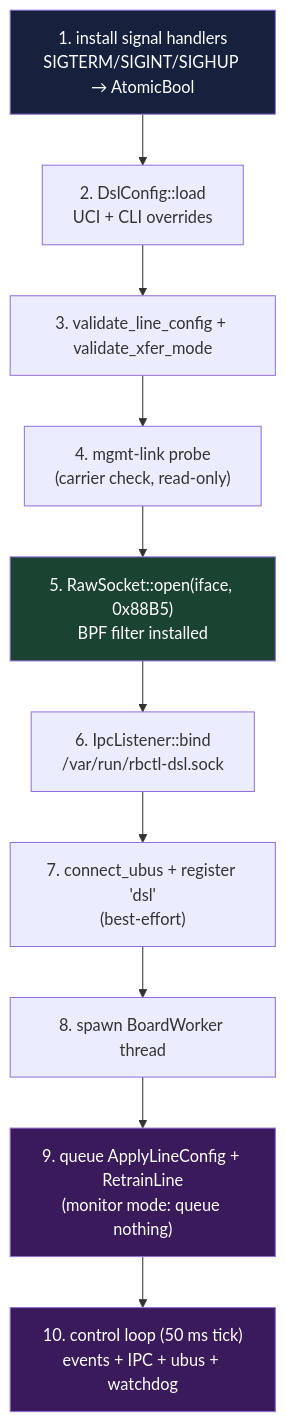
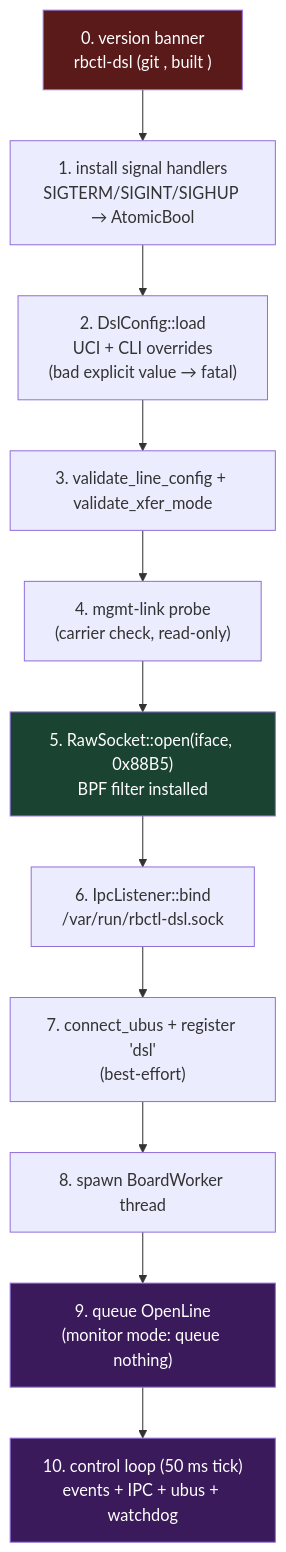
The third of 6 diagrams in docs/rbctl-dsl.md (hitech95/openwrt_tplink_vx830v_rbctrl-dsl), drawn with Mermaid before and after one commit. The commit also changed other lines of this file and 2 other files, not shown here.

First line of the commit message:
Docs: OpenLine bring-up, warn-only watchdog, E2E harness guide

````diff
--- a/docs/rbctl-dsl.md
+++ b/docs/rbctl-dsl.md
@@ -249,20 +249,21 @@
 ```mermaid
 flowchart TD
-    A["1. install signal handlers<br/>SIGTERM/SIGINT/SIGHUP → AtomicBool"]
-    B["2. DslConfig::load<br/>UCI + CLI overrides"]
+    A["0. version banner<br/>rbctl-dsl <ver> (git <sha>, built <date>)"]
+    A1["1. install signal handlers<br/>SIGTERM/SIGINT/SIGHUP → AtomicBool"]
+    B["2. DslConfig::load<br/>UCI + CLI overrides<br/>(bad explicit value → fatal)"]
     C["3. validate_line_config + validate_xfer_mode"]
     D["4. mgmt-link probe<br/>(carrier check, read-only)"]
     E["5. RawSocket::open(iface, 0x88B5)<br/>BPF filter installed"]
     F["6. IpcListener::bind<br/>/var/run/rbctl-dsl.sock"]
     G["7. connect_ubus + register 'dsl'<br/>(best-effort)"]
     H["8. spawn BoardWorker thread"]
-    I["9. queue ApplyLineConfig + RetrainLine<br/>(monitor mode: queue nothing)"]
+    I["9. queue OpenLine<br/>(monitor mode: queue nothing)"]
     J["10. control loop (50 ms tick)<br/>events + IPC + ubus + watchdog"]
 
-    A --> B --> C --> D --> E --> F --> G --> H --> I --> J
+    A --> A1 --> B --> C --> D --> E --> F --> G --> H --> I --> J
 
-    style A fill:#16213e,color:#fff
+    style A fill:#5a1a1a,color:#fff
     style E fill:#1b4332,color:#fff
     style I fill:#3a1a5a,color:#fff
     style J fill:#3a1a5a,color:#fff
 ```
````
